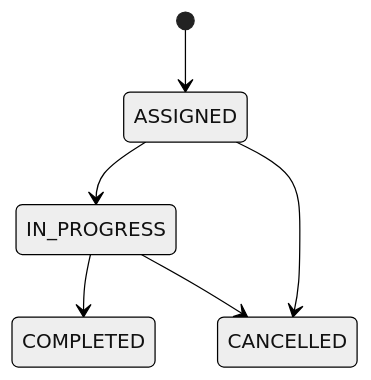
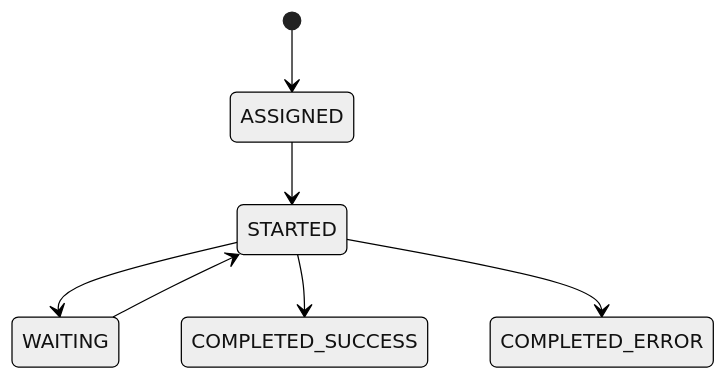
The diagram in README.md (jadcve/task-api-go-ionix), drawn with Mermaid (neutral theme) before and after one commit. The commit also changed other lines of this file and 8 other files, not shown here.

````diff
--- a/README.md
+++ b/README.md
@@ -159,8 +159,9 @@
 ```mermaid
 stateDiagram-v2
     [*] --> ASSIGNED
-    ASSIGNED --> IN_PROGRESS
-    ASSIGNED --> CANCELLED
-    IN_PROGRESS --> COMPLETED
-    IN_PROGRESS --> CANCELLED
+  ASSIGNED --> STARTED
+  STARTED --> WAITING
+  WAITING --> STARTED
+  STARTED --> COMPLETED_SUCCESS
+  STARTED --> COMPLETED_ERROR
 ```
````
